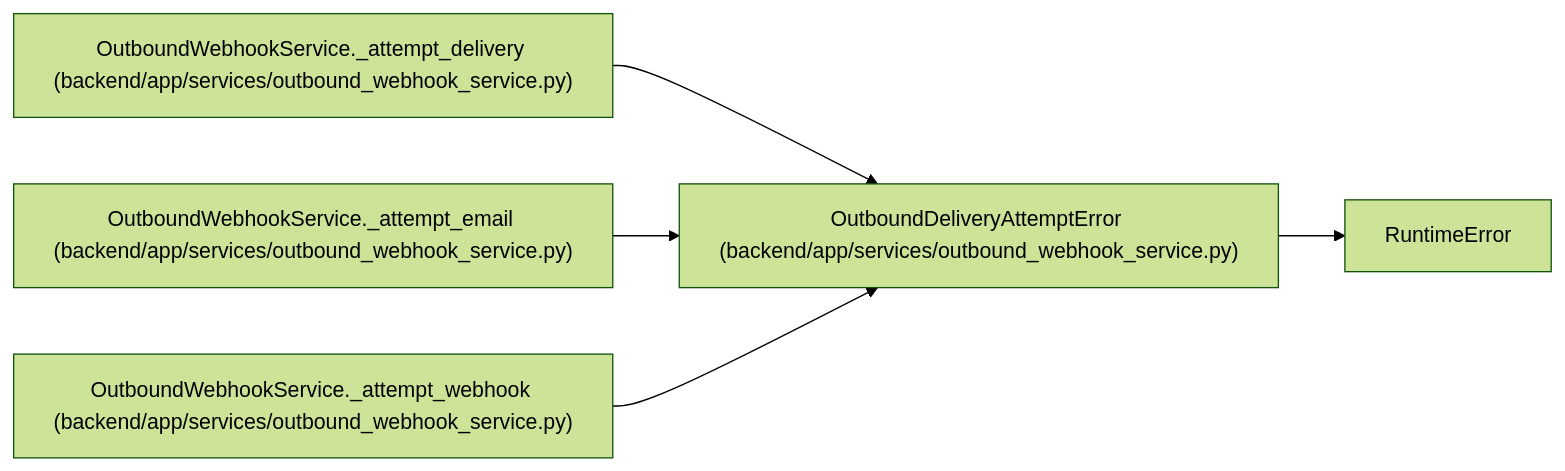
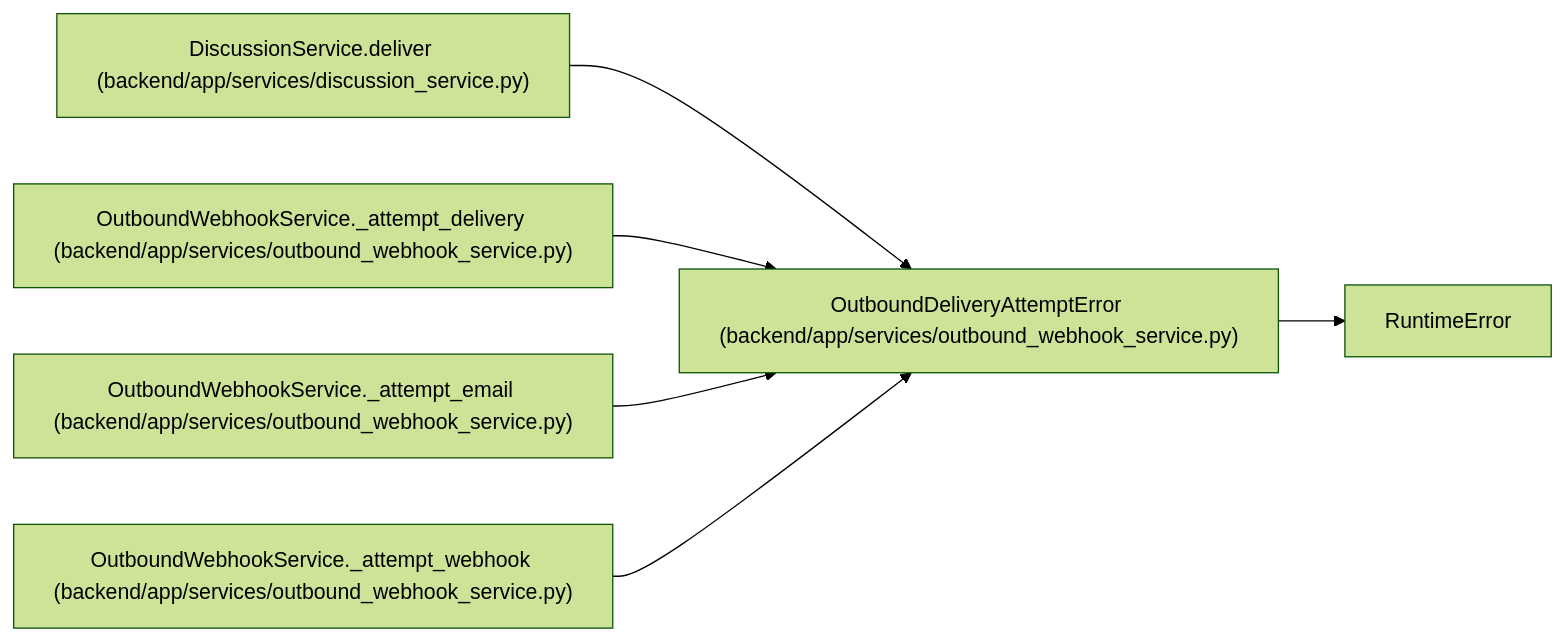
Before and after one commit to Denissvgn/WorkChord: the diagram in docs/llm_wiki/entities/OutboundDeliveryAttemptError.md, drawn with Mermaid (forest theme). The commit also changed other lines of this file and 1888 other files, not shown here.

````diff
--- a/docs/llm_wiki/entities/OutboundDeliveryAttemptError.md
+++ b/docs/llm_wiki/entities/OutboundDeliveryAttemptError.md
@@ -25,16 +25,19 @@
 ```mermaid
 flowchart LR
     n0["OutboundDeliveryAttemptError (backend/app/services/outbound_webhook_service.py)"]
     n1["RuntimeError"]
-    n2["OutboundWebhookService._attempt_delivery (backend/app/services/outbound_webhook_service.py)"]
-    n3["OutboundWebhookService._attempt_email (backend/app/services/outbound_webhook_service.py)"]
-    n4["OutboundWebhookService._attempt_webhook (backend/app/services/outbound_webhook_service.py)"]
+    n2["DiscussionService.deliver (backend/app/services/discussion_service.py)"]
+    n3["OutboundWebhookService._attempt_delivery (backend/app/services/outbound_webhook_service.py)"]
+    n4["OutboundWebhookService._attempt_email (backend/app/services/outbound_webhook_service.py)"]
+    n5["OutboundWebhookService._attempt_webhook (backend/app/services/outbound_webhook_service.py)"]
     n0 --> n1
     n2 --> n0
     n3 --> n0
     n4 --> n0
+    n5 --> n0
     click n0 "../modules/outbound_webhook_service.md"
-    click n2 "../modules/outbound_webhook_service.md"
+    click n2 "../modules/discussion_service.md"
     click n3 "../modules/outbound_webhook_service.md"
     click n4 "../modules/outbound_webhook_service.md"
+    click n5 "../modules/outbound_webhook_service.md"
 ```
````
